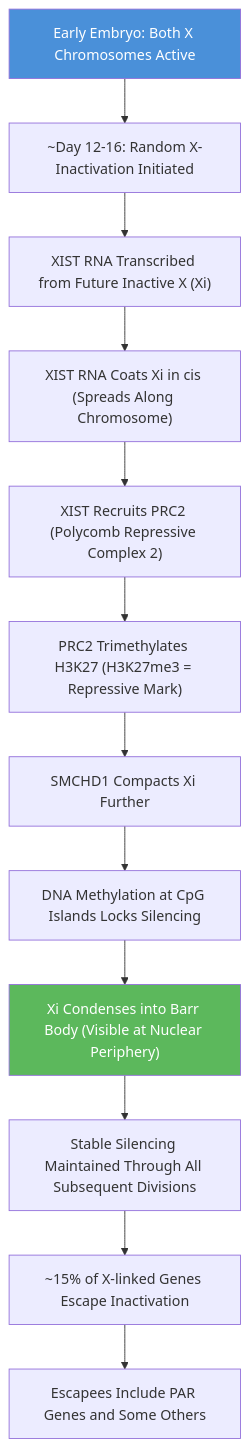
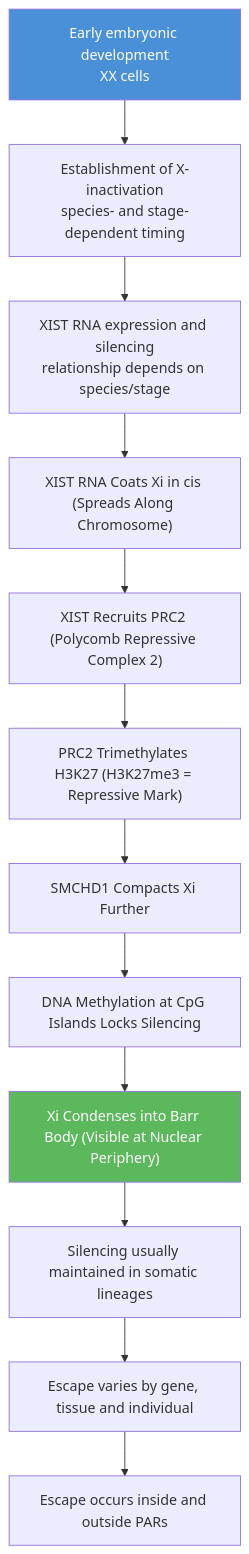
Before and after one commit to docxology/biology_textbook: the fourth of 7 diagrams in docs/manuscript/unit_V/chromosomal_inheritance.md, drawn with Mermaid. The commit also changed other lines of this file and 444 other files, not shown here.

````diff
--- a/docs/manuscript/unit_V/chromosomal_inheritance.md
+++ b/docs/manuscript/unit_V/chromosomal_inheritance.md
@@ -275,17 +276,17 @@
 ```mermaid
 flowchart TD
-    A["Early Embryo: Both X Chromosomes Active"] --> B["~Day 12-16: Random X-Inactivation Initiated"]
-    B --> C["XIST RNA Transcribed from Future Inactive X (Xi)"]
+    A["Early embryonic development<br/>XX cells"] --> B["Establishment of X-inactivation<br/>species- and stage-dependent timing"]
+    B --> C["XIST RNA expression and silencing<br/>relationship depends on species/stage"]
     C --> D["XIST RNA Coats Xi in cis (Spreads Along Chromosome)"]
     D --> E["XIST Recruits PRC2 (Polycomb Repressive Complex 2)"]
     E --> F["PRC2 Trimethylates H3K27 (H3K27me3 = Repressive Mark)"]
     F --> G["SMCHD1 Compacts Xi Further"]
     G --> H["DNA Methylation at CpG Islands Locks Silencing"]
     H --> I["Xi Condenses into Barr Body (Visible at Nuclear Periphery)"]
-    I --> J["Stable Silencing Maintained Through All Subsequent Divisions"]
-    J --> K["~15% of X-linked Genes Escape Inactivation"]
-    K --> L["Escapees Include PAR Genes and Some Others"]
+    I --> J["Silencing usually maintained in somatic lineages"]
+    J --> K["Escape varies by gene, tissue and individual"]
+    K --> L["Escape occurs inside and outside PARs"]
 
     style A fill:#4a90d9,color:#fff
     style I fill:#5cb85c,color:#fff
 ```
````
